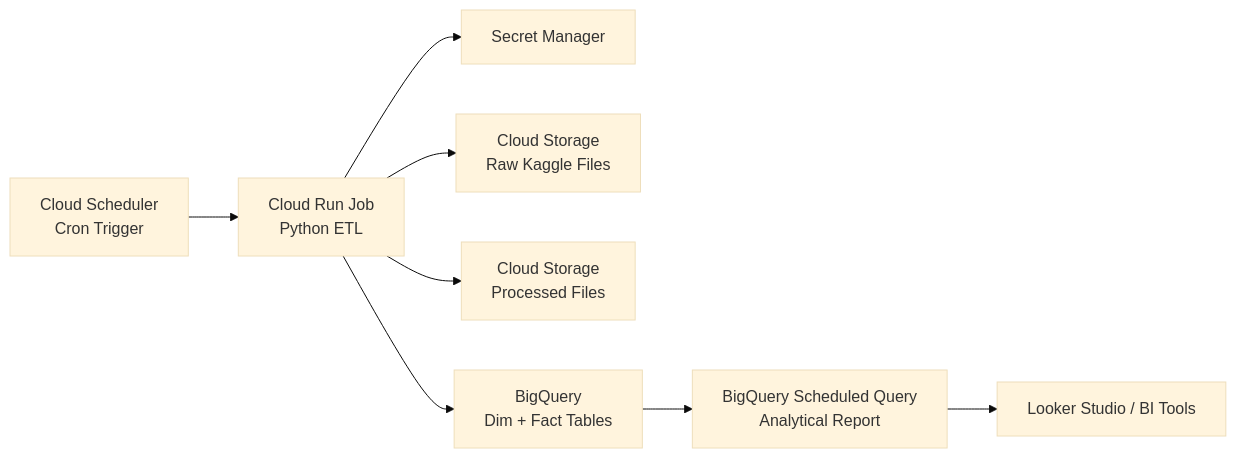
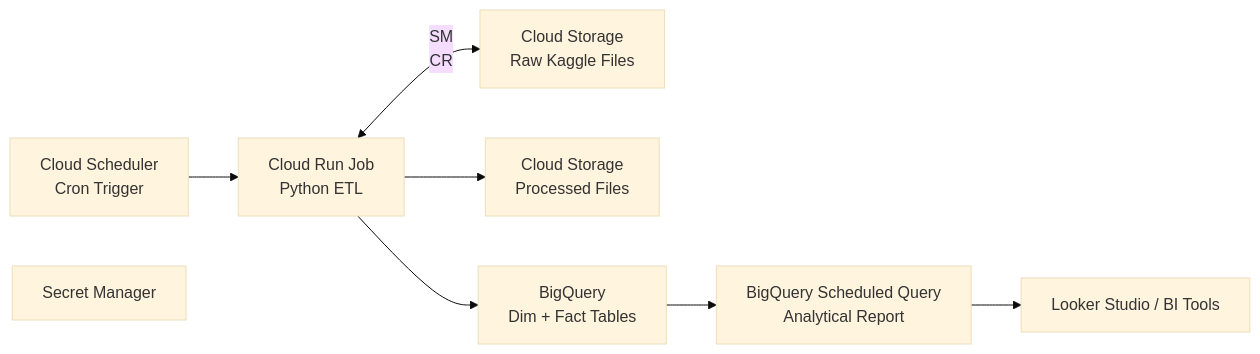
One commit to arthurlouieferrari-dot/supermarket-etl-gcp changed the diagram in README.md. Above: the diagram before and after it, drawn with Mermaid (base theme). The commit also changed other lines of this file, not shown here.

````diff
--- a/README.md
+++ b/README.md
@@ -170,19 +170,19 @@
 ```mermaid
 flowchart LR
     CS[Cloud Scheduler<br/>Cron Trigger]
     CR[Cloud Run Job<br/>Python ETL]
     SM[Secret Manager]
     RAW[Cloud Storage<br/>Raw Kaggle Files]
     PROC[Cloud Storage<br/>Processed Files]
     BQ[BigQuery<br/>Dim + Fact Tables]
     BQREP[BigQuery Scheduled Query<br/>Analytical Report]
     BI[Looker Studio / BI Tools]
 
     CS --> CR
-    CR --> SM
+    CR <-- SM
     CR --> RAW
     CR --> PROC
     CR --> BQ
     BQ --> BQREP
     BQREP --> BI
 ```
````
